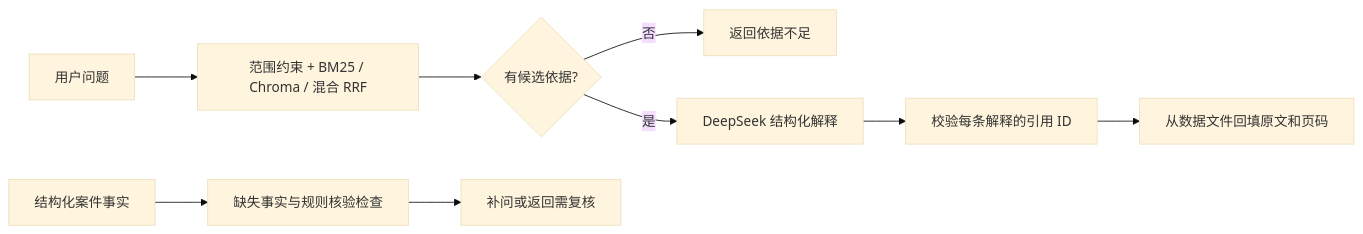
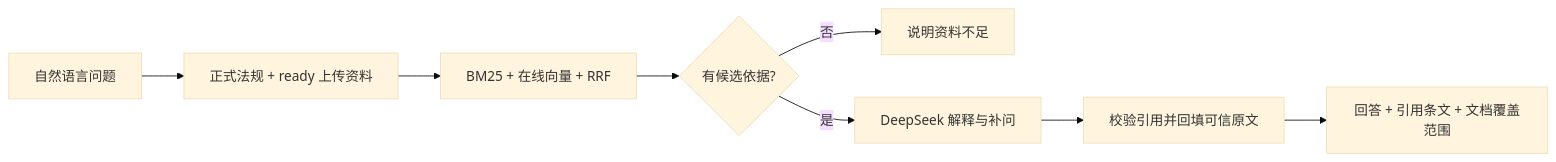
Before and after one commit to bathroomking/hubei-transport-law-assistant: the diagram in README.md, drawn with Mermaid (base theme). The commit also changed other lines of this file and 29 other files, not shown here.

````diff
--- a/README.md
+++ b/README.md
@@ -211,11 +164,10 @@
 ```mermaid
 flowchart LR
-  A[用户问题] --> B[范围约束 + BM25 / Chroma / 混合 RRF]
-  B --> C{有候选依据?}
-  C -- 否 --> D[返回依据不足]
-  C -- 是 --> E[DeepSeek 结构化解释]
-  E --> F[校验每条解释的引用 ID]
-  F --> G[从数据文件回填原文和页码]
-  H[结构化案件事实] --> I[缺失事实与规则核验检查]
-  I --> J[补问或返回需复核]
+  A[自然语言问题] --> B[正式法规 + ready 上传资料]
+  B --> C[BM25 + 在线向量 + RRF]
+  C --> D{有候选依据?}
+  D -- 否 --> E[说明资料不足]
+  D -- 是 --> F[DeepSeek 解释与补问]
+  F --> G[校验引用并回填可信原文]
+  G --> H[回答 + 引用条文 + 文档覆盖范围]
 ```
````
